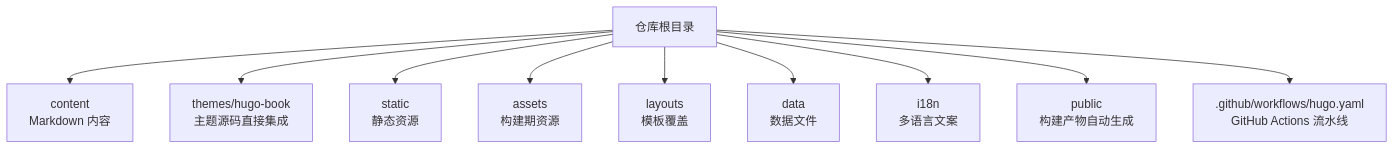
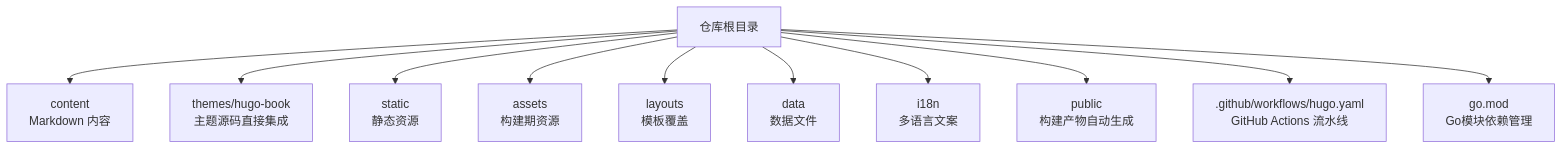
One commit to nianjiang/nianjiang.github.io changed the first of 4 diagrams in .qoder/repowiki/zh/content/快速开始.md. Above: the diagram before and after it, drawn with Mermaid. The commit also changed other lines of this file and 176 other files, not shown here.

````diff
--- a/.qoder/repowiki/zh/content/快速开始.md
+++ b/.qoder/repowiki/zh/content/快速开始.md
@@ -53,12 +57,13 @@
 ```mermaid
 graph TB
 A["仓库根目录"] --> B["content<br/>Markdown 内容"]
 A --> C["themes/hugo-book<br/>主题源码直接集成"]
 A --> D["static<br/>静态资源"]
 A --> E["assets<br/>构建期资源"]
 A --> F["layouts<br/>模板覆盖"]
 A --> G["data<br/>数据文件"]
 A --> H["i18n<br/>多语言文案"]
 A --> I["public<br/>构建产物自动生成"]
 A --> J[".github/workflows/hugo.yaml<br/>GitHub Actions 流水线"]
+A --> K["go.mod<br/>Go模块依赖管理"]
 ```
````
